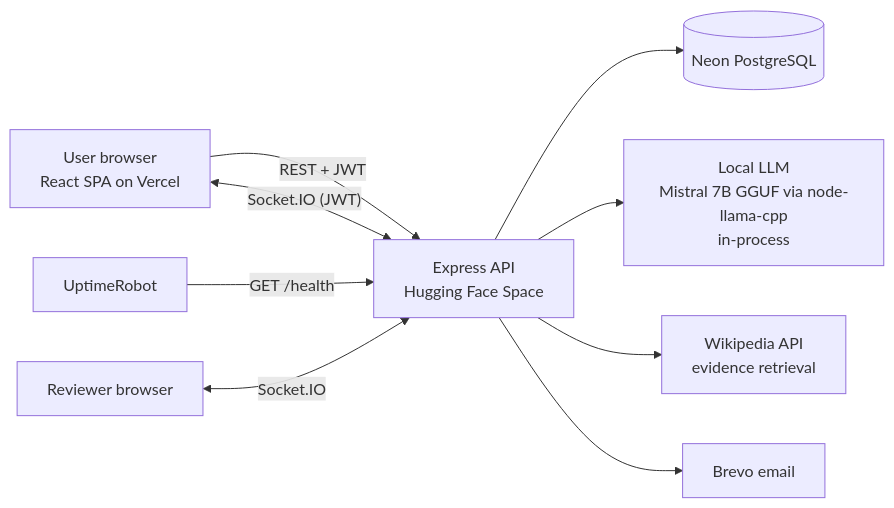
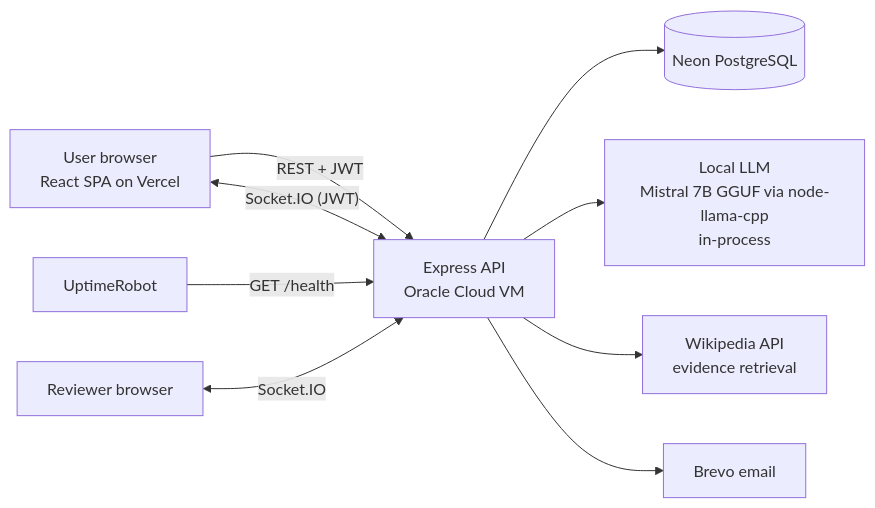
Before and after one commit to Sivanesh27/verimind: the first of 3 diagrams in docs/ARCHITECTURE.md, drawn with Mermaid. The commit also changed 10 other files, not shown here.

First line of the commit message:
Deploy backend to Oracle Cloud Always Free VM

````diff
--- a/docs/ARCHITECTURE.md
+++ b/docs/ARCHITECTURE.md
@@ -5,11 +5,11 @@
 ```mermaid
 flowchart LR
-  U[User browser<br/>React SPA on Vercel] -- REST + JWT --> API[Express API<br/>Hugging Face Space]
+  U[User browser<br/>React SPA on Vercel] -- REST + JWT --> API[Express API<br/>Oracle Cloud VM]
   U <-- Socket.IO (JWT) --> API
   API --> DB[(Neon PostgreSQL)]
   API --> LLM[Local LLM<br/>Mistral 7B GGUF via node-llama-cpp<br/>in-process]
   API --> WIKI[Wikipedia API<br/>evidence retrieval]
   API --> MAIL[Brevo email]
   UR[UptimeRobot] -- GET /health --> API
   R[Reviewer browser] <-- Socket.IO --> API
 ```
````
